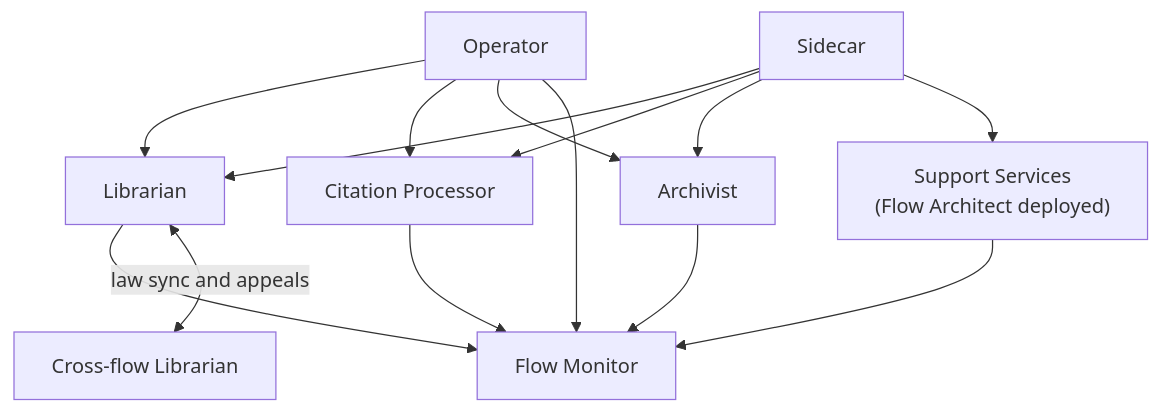
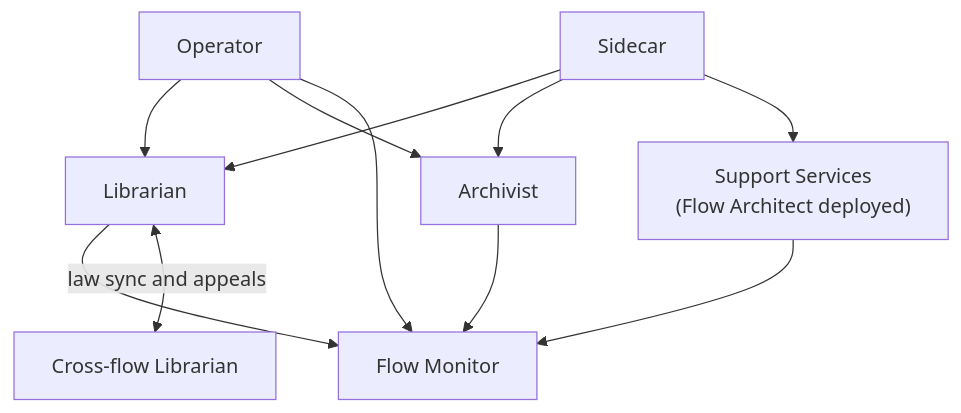
Before and after one commit to really-knows-ai/gideas: the first of 4 diagrams in 02-flow/04-system-services.md, drawn with Mermaid. The commit also changed other lines of this file and 13 other files, not shown here.

Commit message:
Refactor governance documentation to replace 'Citation Processor' with 'Flow Monitor' and update references to friction thresholds for law promotion and review hearings.

````diff
--- a/02-flow/04-system-services.md
+++ b/02-flow/04-system-services.md
@@ -18,21 +17,18 @@
 ```mermaid
 flowchart TD
     OP["Operator"] --> LB["Librarian"]
-    OP --> CP["Citation Processor"]
     OP --> AR["Archivist"]
 
     SC["Sidecar"] --> LB
-    SC --> CP
     SC --> AR
 
     SC --> SS["Support Services<br/>(Flow Architect deployed)"]
 
     LB --> FM["Flow Monitor"]
-    CP --> FM
     AR --> FM
     OP --> FM
 
     SS --> FM
 
     LB <-->|"law sync and appeals"| XFL["Cross-flow Librarian"]
 ```
````
